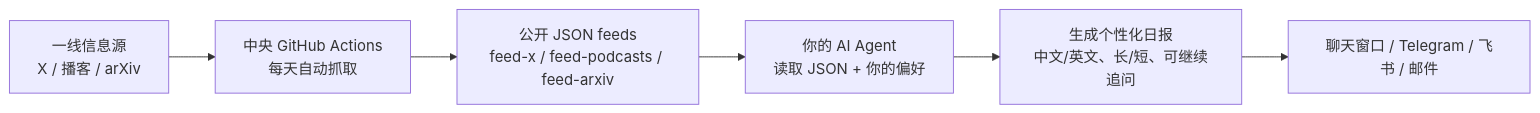
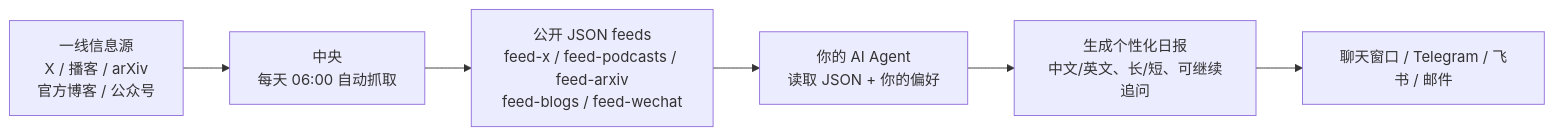
One commit to hhhhhhhqa/ai-signal changed the diagram in README.md. Above: the diagram before and after it, drawn with Mermaid. The commit also changed other lines of this file, not shown here.

````diff
--- a/README.md
+++ b/README.md
@@ -191,8 +200,8 @@
 ```mermaid
 flowchart LR
-  A["一线信息源<br/>X / 播客 / arXiv"] --> B["中央 GitHub Actions<br/>每天自动抓取"]
-  B --> C["公开 JSON feeds<br/>feed-x / feed-podcasts / feed-arxiv"]
+  A["一线信息源<br/>X / 播客 / arXiv<br/>官方博客 / 公众号"] --> B["中央<br/>每天 06:00 自动抓取"]
+  B --> C["公开 JSON feeds<br/>feed-x / feed-podcasts / feed-arxiv<br/>feed-blogs / feed-wechat"]
   C --> D["你的 AI Agent<br/>读取 JSON + 你的偏好"]
   D --> E["生成个性化日报<br/>中文/英文、长/短、可继续追问"]
   E --> F["聊天窗口 / Telegram / 飞书 / 邮件"]
 ```
````
